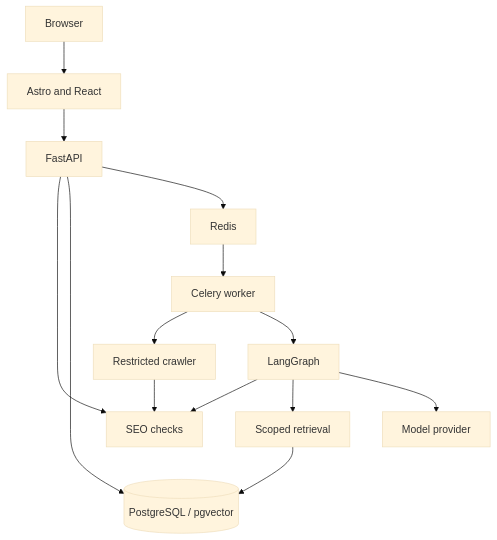
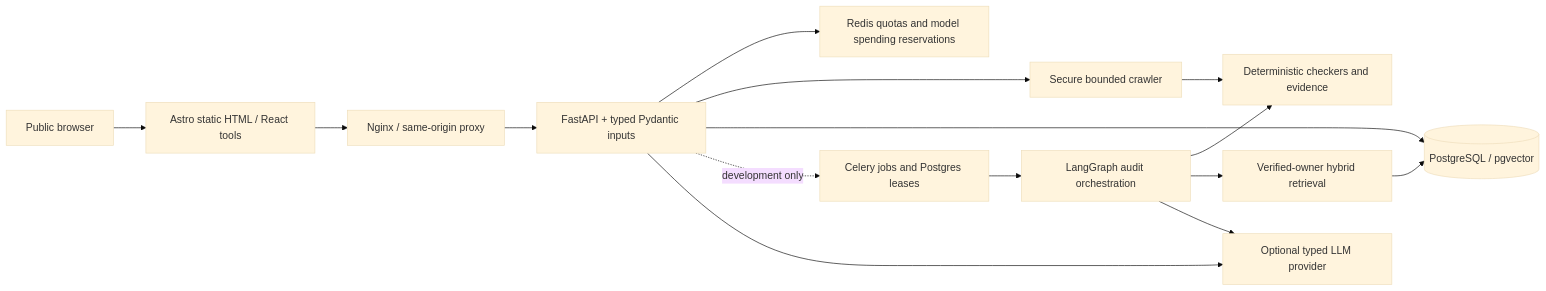
Before and after one commit to bharathuma/aiseoonline: the first of 2 diagrams in docs/architecture.md, drawn with Mermaid (base theme). The commit also changed other lines of this file and 10 other files, not shown here.

````diff
--- a/docs/architecture.md
+++ b/docs/architecture.md
@@ -5,16 +8,17 @@
 ```mermaid
-flowchart TD
-    User[Browser] --> Web[Astro and React]
-    Web --> API[FastAPI]
-    API --> Checks[SEO checks]
+flowchart LR
+    Visitor[Public browser] --> Astro[Astro static HTML / React tools]
+    Astro --> Nginx[Nginx / same-origin proxy]
+    Nginx --> API[FastAPI + typed Pydantic inputs]
+    API --> Limits[Redis quotas and model spending reservations]
+    API --> Fetch[Secure bounded crawler]
+    Fetch --> Rules[Deterministic checkers and evidence]
     API --> DB[(PostgreSQL / pgvector)]
-    API --> Queue[Redis]
-    Queue --> Worker[Celery worker]
-    Worker --> Fetch[Restricted crawler]
-    Fetch --> Checks
-    Worker --> Agent[LangGraph]
-    Agent --> Checks
-    Agent --> Retrieve[Scoped retrieval]
-    Retrieve --> DB
-    Agent --> Model[Model provider]
+    API -. development only .-> Celery[Celery jobs and Postgres leases]
+    Celery --> Graph[LangGraph audit orchestration]
+    Graph --> Rules
+    Graph --> RAG[Verified-owner hybrid retrieval]
+    RAG --> DB
+    Graph --> Provider[Optional typed LLM provider]
+    API --> Provider
 ```
````
